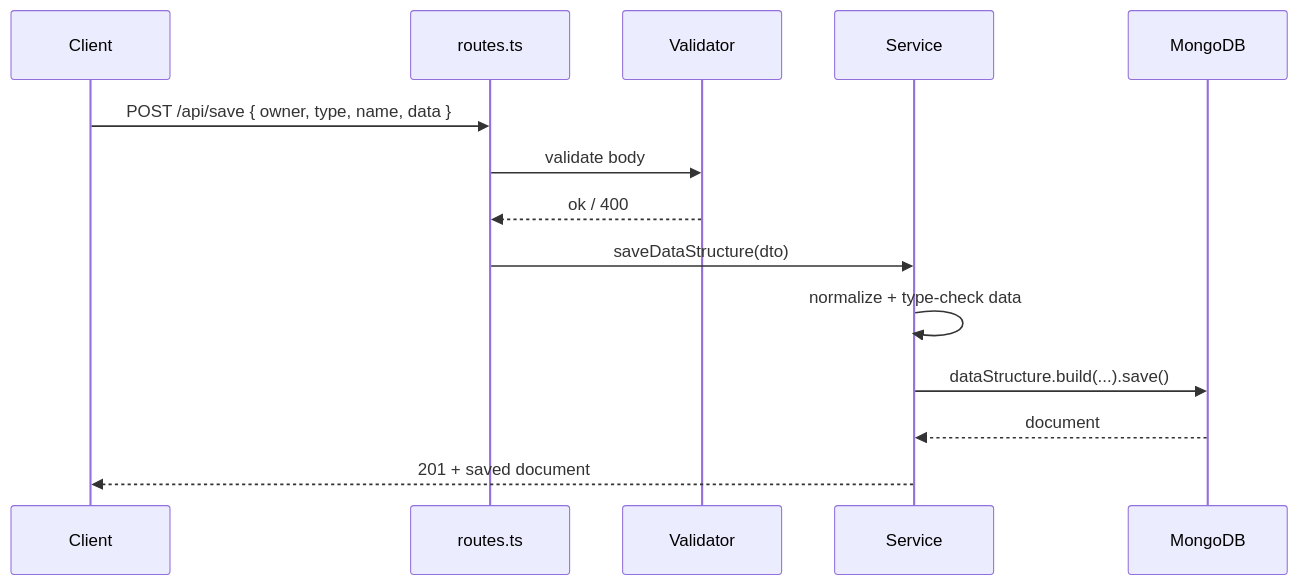
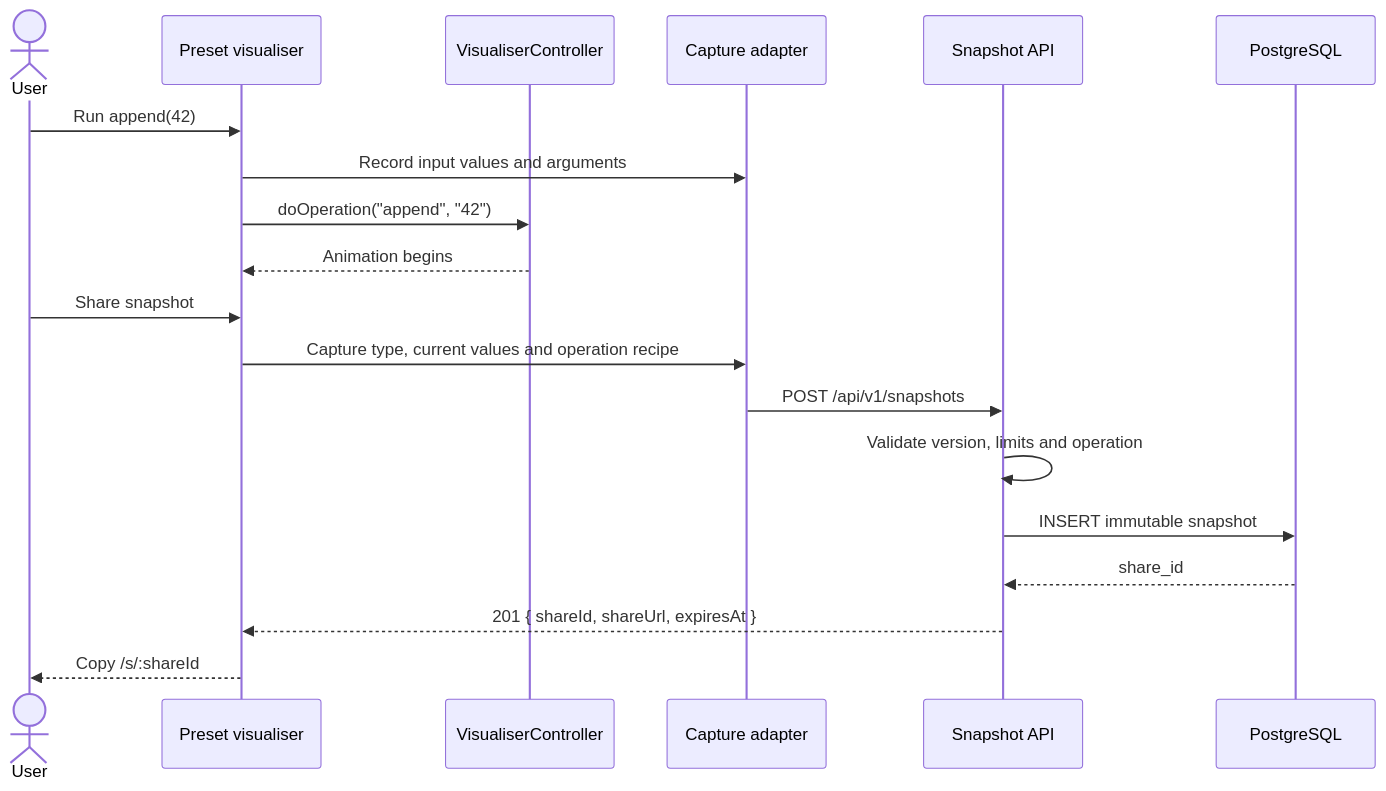
Before and after one commit to devsoc-unsw/structs.sh: the first of 2 diagrams in docs/feat-record-visualisation-session/request-handle-flow.md, drawn with Mermaid. The commit also changed other lines of this file and 7 other files, not shown here.

````diff
--- a/docs/feat-record-visualisation-session/request-handle-flow.md
+++ b/docs/feat-record-visualisation-session/request-handle-flow.md
@@ -1,17 +7,22 @@
 ```mermaid
 sequenceDiagram
-  participant C as Client
-  participant R as routes.ts
-  participant V as Validator
-  participant S as Service
-  participant DB as MongoDB
+  actor U as User
+  participant UI as Preset visualiser
+  participant C as VisualiserController
+  participant A as Capture adapter
+  participant API as Snapshot API
+  participant DB as PostgreSQL
 
-  C->>R: POST /api/save { owner, type, name, data }
-  R->>V: validate body
-  V-->>R: ok / 400
-  R->>S: saveDataStructure(dto)
-  S->>S: normalize + type-check data
-  S->>DB: dataStructure.build(...).save()
-  DB-->>S: document
-  S-->>C: 201 + saved document
+  U->>UI: Run append(42)
+  UI->>A: Record input values and arguments
+  UI->>C: doOperation("append", "42")
+  C-->>UI: Animation begins
+  U->>UI: Share snapshot
+  UI->>A: Capture type, current values and operation recipe
+  A->>API: POST /api/v1/snapshots
+  API->>API: Validate version, limits and operation
+  API->>DB: INSERT immutable snapshot
+  DB-->>API: share_id
+  API-->>UI: 201 { shareId, shareUrl, expiresAt }
+  UI-->>U: Copy /s/:shareId
 ```
````
